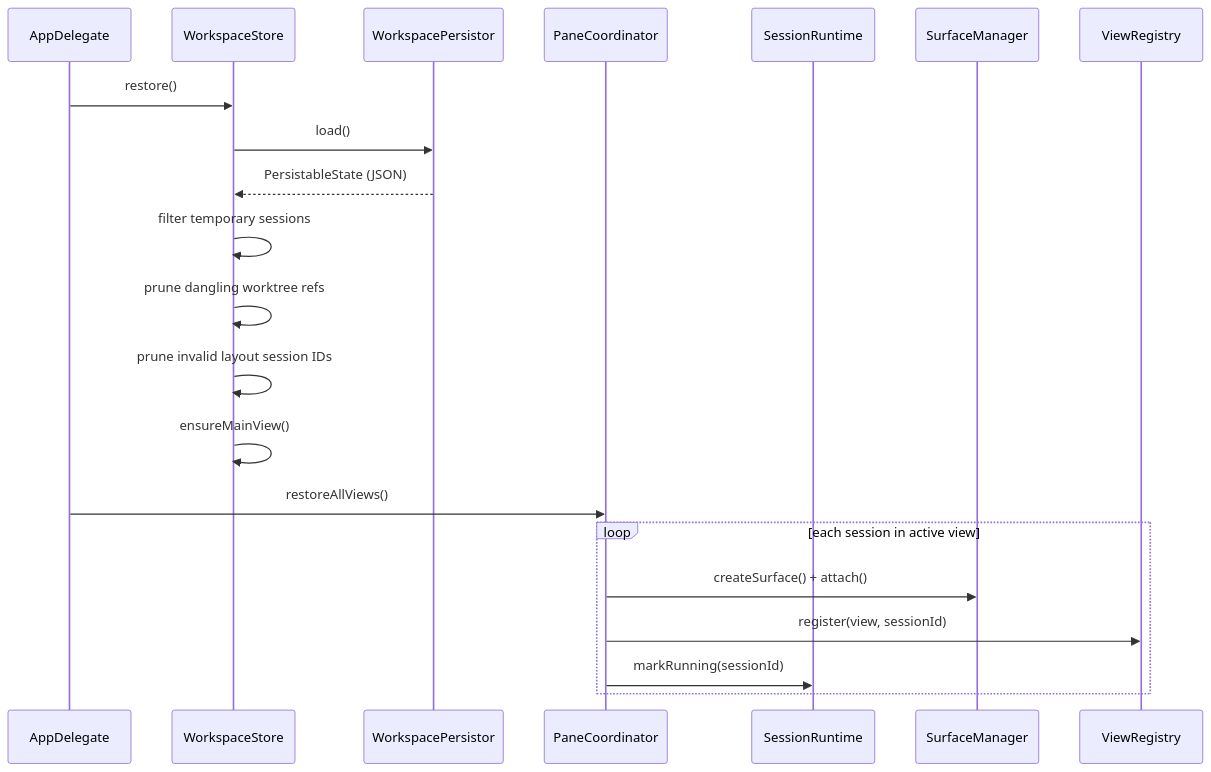
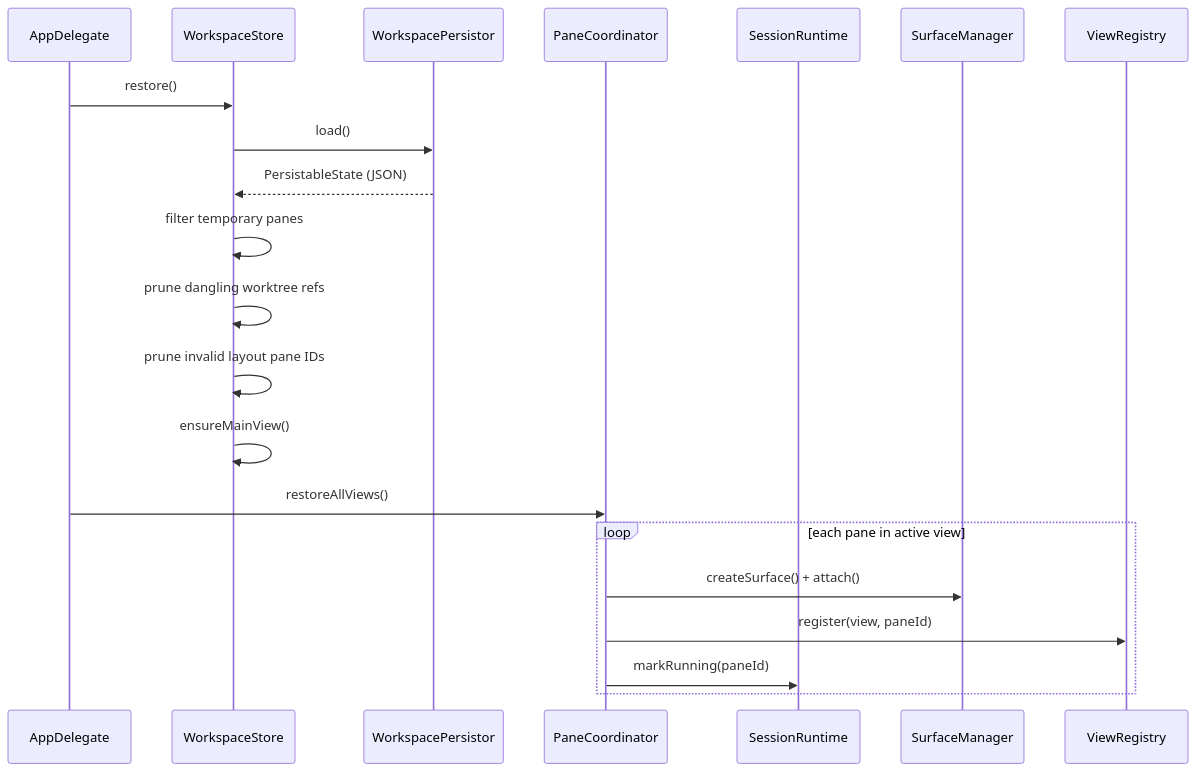
The third of 3 diagrams in docs/architecture/component_architecture.md (ShravanSunder/agentstudio), drawn with Mermaid before and after one commit. The commit also changed other lines of this file and 7 other files, not shown here.

````diff
--- a/docs/architecture/component_architecture.md
+++ b/docs/architecture/component_architecture.md
@@ -470,25 +468,25 @@
 ```mermaid
 sequenceDiagram
     participant AD as AppDelegate
     participant Store as WorkspaceStore
     participant P as WorkspacePersistor
     participant Coord as PaneCoordinator
     participant RT as SessionRuntime
     participant SM as SurfaceManager
     participant VR as ViewRegistry
 
     AD->>Store: restore()
     Store->>P: load()
     P-->>Store: PersistableState (JSON)
-    Store->>Store: filter temporary sessions
+    Store->>Store: filter temporary panes
     Store->>Store: prune dangling worktree refs
-    Store->>Store: prune invalid layout session IDs
+    Store->>Store: prune invalid layout pane IDs
     Store->>Store: ensureMainView()
 
     AD->>Coord: restoreAllViews()
-    loop each session in active view
+    loop each pane in active view
         Coord->>SM: createSurface() + attach()
-        Coord->>VR: register(view, sessionId)
-        Coord->>RT: markRunning(sessionId)
+        Coord->>VR: register(view, paneId)
+        Coord->>RT: markRunning(paneId)
     end
 ```
````
